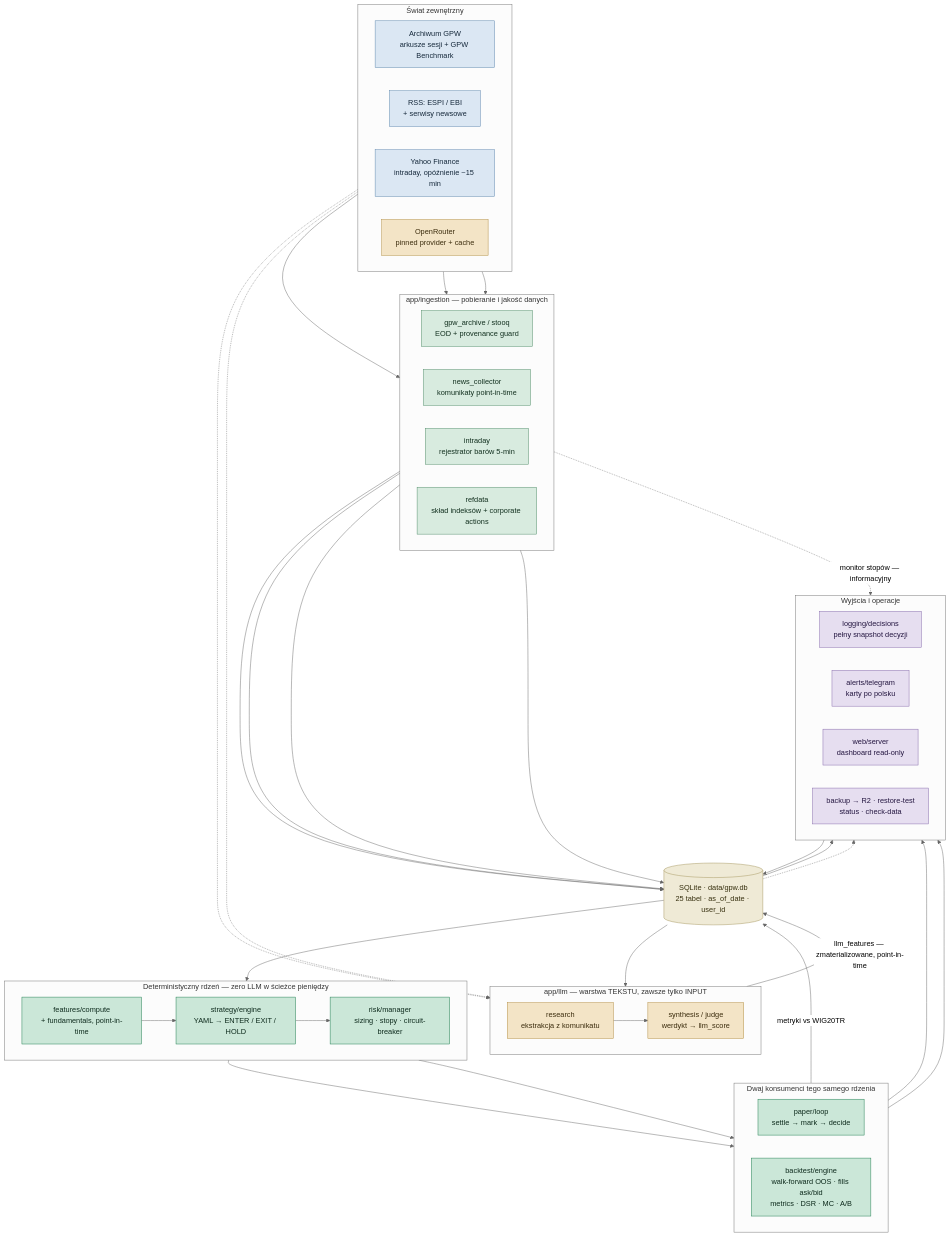
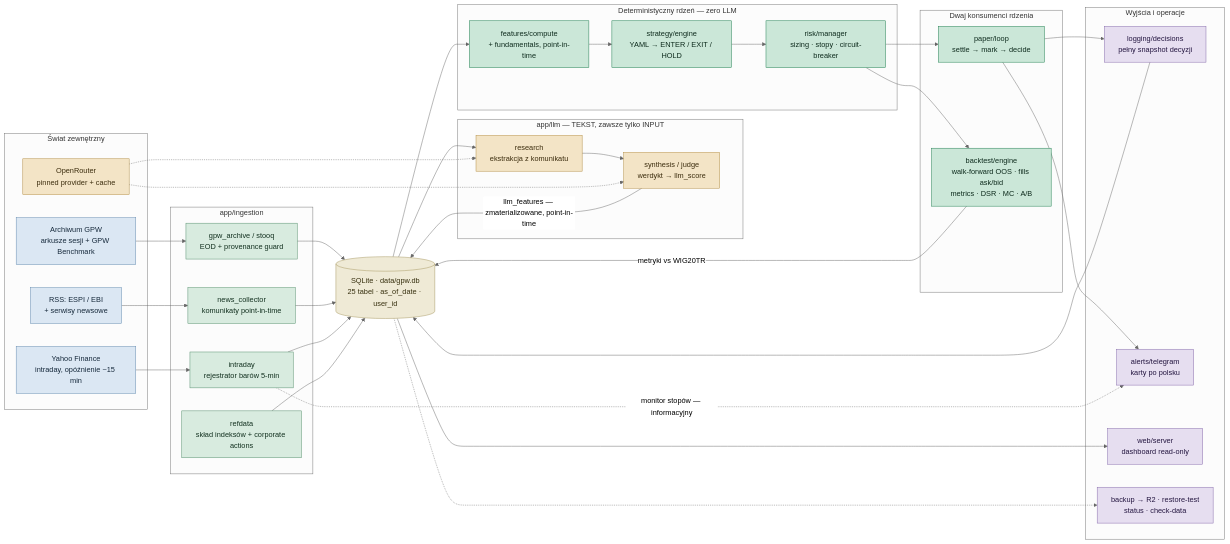
The first of 2 diagrams in docs/mapa-repozytorium.md (pantol/fin_opus), drawn with Mermaid (neutral theme) before and after one commit.

Commit message:
Switch repo-map architecture diagram to LR layout
GitHub's Mermaid renderer ignores per-subgraph 'direction LR', so the TB
diagram collapsed into a tall narrow column. A top-level LR flow with
default subgraph stacking renders as a readable layered pipeline both on
GitHub and in local Mermaid.

````diff
--- a/docs/mapa-repozytorium.md
+++ b/docs/mapa-repozytorium.md
@@ -20,15 +20,13 @@
 ```mermaid
-flowchart TB
+flowchart LR
   subgraph EXT["Świat zewnętrzny"]
-    direction LR
     GPWA["Archiwum GPW<br/>arkusze sesji + GPW Benchmark"]
     RSS["RSS: ESPI / EBI<br/>+ serwisy newsowe"]
     YF["Yahoo Finance<br/>intraday, opóźnienie ~15 min"]
     OR["OpenRouter<br/>pinned provider + cache"]
   end
 
-  subgraph ING["app/ingestion — pobieranie i jakość danych"]
-    direction LR
+  subgraph ING["app/ingestion"]
     ARCH["gpw_archive / stooq<br/>EOD + provenance guard"]
     COLL["news_collector<br/>komunikaty point-in-time"]
     INTR["intraday<br/>rejestrator barów 5-min"]
@@ -37,27 +35,23 @@
 
   DB[("SQLite · data/gpw.db<br/>25 tabel · as_of_date · user_id")]
 
-  subgraph LLMG["app/llm — warstwa TEKSTU, zawsze tylko INPUT"]
-    direction LR
+  subgraph LLMG["app/llm — TEKST, zawsze tylko INPUT"]
     RES["research<br/>ekstrakcja z komunikatu"]
     SYN["synthesis / judge<br/>werdykt → llm_score"]
   end
 
-  subgraph CORE["Deterministyczny rdzeń — zero LLM w ścieżce pieniędzy"]
-    direction LR
+  subgraph CORE["Deterministyczny rdzeń — zero LLM"]
     FEAT["features/compute<br/>+ fundamentals, point-in-time"]
     STRAT["strategy/engine<br/>YAML → ENTER / EXIT / HOLD"]
     RISK["risk/manager<br/>sizing · stopy · circuit-breaker"]
   end
 
-  subgraph EXEC["Dwaj konsumenci tego samego rdzenia"]
-    direction LR
+  subgraph EXEC["Dwaj konsumenci rdzenia"]
     PAPER["paper/loop<br/>settle → mark → decide"]
     BT["backtest/engine<br/>walk-forward OOS · fills ask/bid<br/>metrics · DSR · MC · A/B"]
   end
 
   subgraph OUT["Wyjścia i operacje"]
-    direction LR
     LOGD["logging/decisions<br/>pełny snapshot decyzji"]
     TG["alerts/telegram<br/>karty po polsku"]
     WEB["web/server<br/>dashboard read-only"]
````
